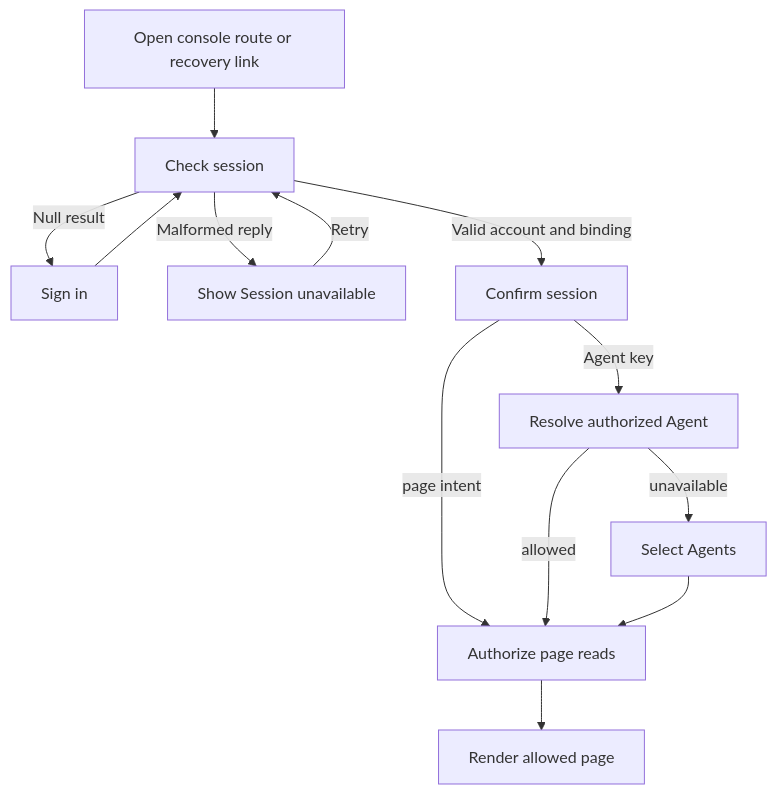
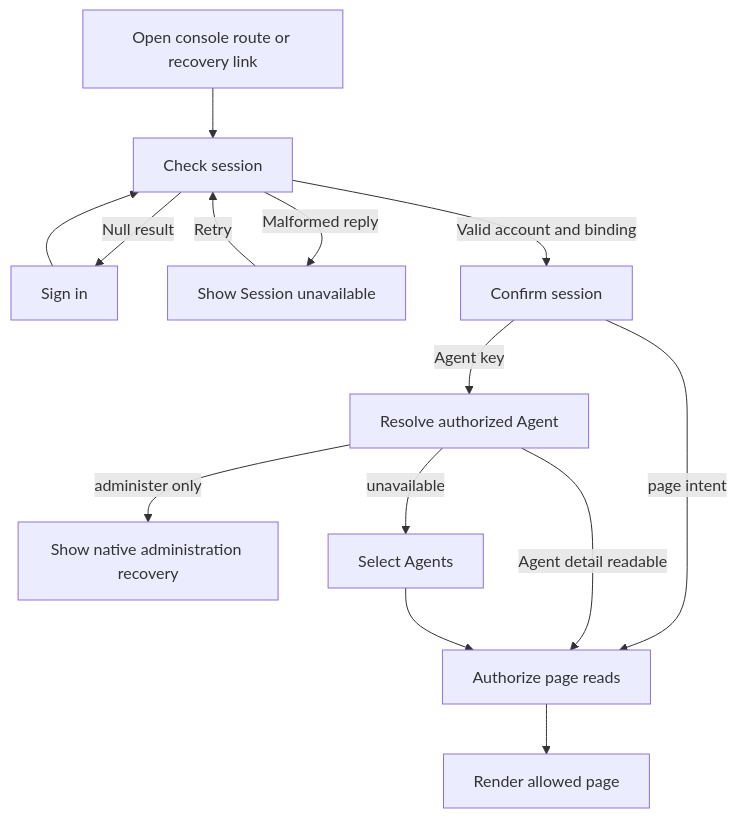
Before and after one commit to openclaw/openclaw-enterprise: the diagram in docs/flows/platform-console/sign-in-return.md, drawn with Mermaid. The commit also changed other lines of this file and 7 other files, not shown here.

Commit message:
fix(console): preserve native admin recovery without read access

````diff
--- a/docs/flows/platform-console/sign-in-return.md
+++ b/docs/flows/platform-console/sign-in-return.md
@@ -23,15 +23,16 @@
 ```mermaid
 graph TD
   A["Open console route or recovery link"] --> B["Check session"]
   B -->|Null result| C["Sign in"]
   C --> B
   B -->|Malformed reply| R["Show Session unavailable"]
   R -->|Retry| B
   B -->|Valid account and binding| D["Confirm session"]
   D -->|page intent| E["Authorize page reads"]
   D -->|Agent key| F["Resolve authorized Agent"]
-  F -->|allowed| E
+  F -->|Agent detail readable| E
+  F -->|administer only| I["Show native administration recovery"]
   F -->|unavailable| G["Select Agents"]
   G --> E
   E --> H["Render allowed page"]
 ```
````
